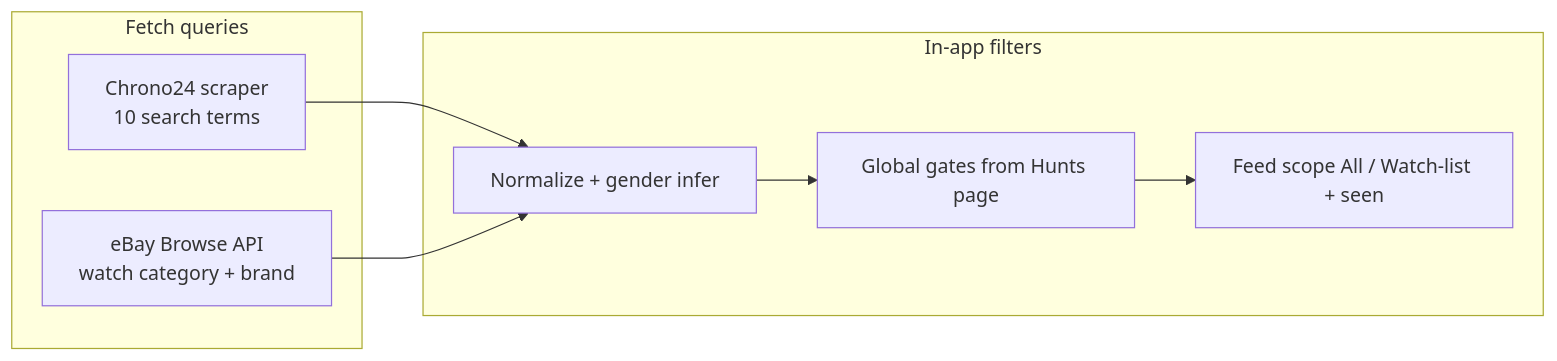
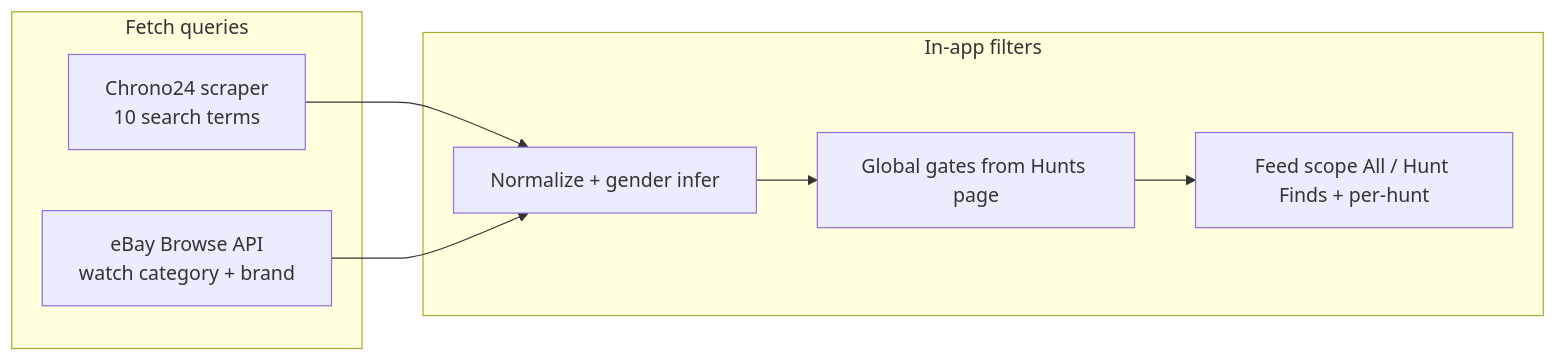
One commit to Jolien-Product-Manager/GoodFinds2.0 changed the diagram in .cursor/docs/marketplace-queries.md. Above: the diagram before and after it, drawn with Mermaid. The commit also changed other lines of this file and 24 other files, not shown here.

````diff
--- a/.cursor/docs/marketplace-queries.md
+++ b/.cursor/docs/marketplace-queries.md
@@ -11,15 +11,15 @@
 ```mermaid
 flowchart LR
   subgraph fetch [Fetch queries]
     Chrono24["Chrono24 scraper\n10 search terms"]
     Ebay["eBay Browse API\nwatch category + brand"]
   end
   subgraph app [In-app filters]
     Norm["Normalize + gender infer"]
     Crit["Global gates from Hunts page"]
-    FeedScope["Feed scope All / Watch-list + seen"]
+    FeedScope["Feed scope All / Hunt Finds + per-hunt"]
   end
   Chrono24 --> Norm
   Ebay --> Norm
   Norm --> Crit --> FeedScope
 ```
````
